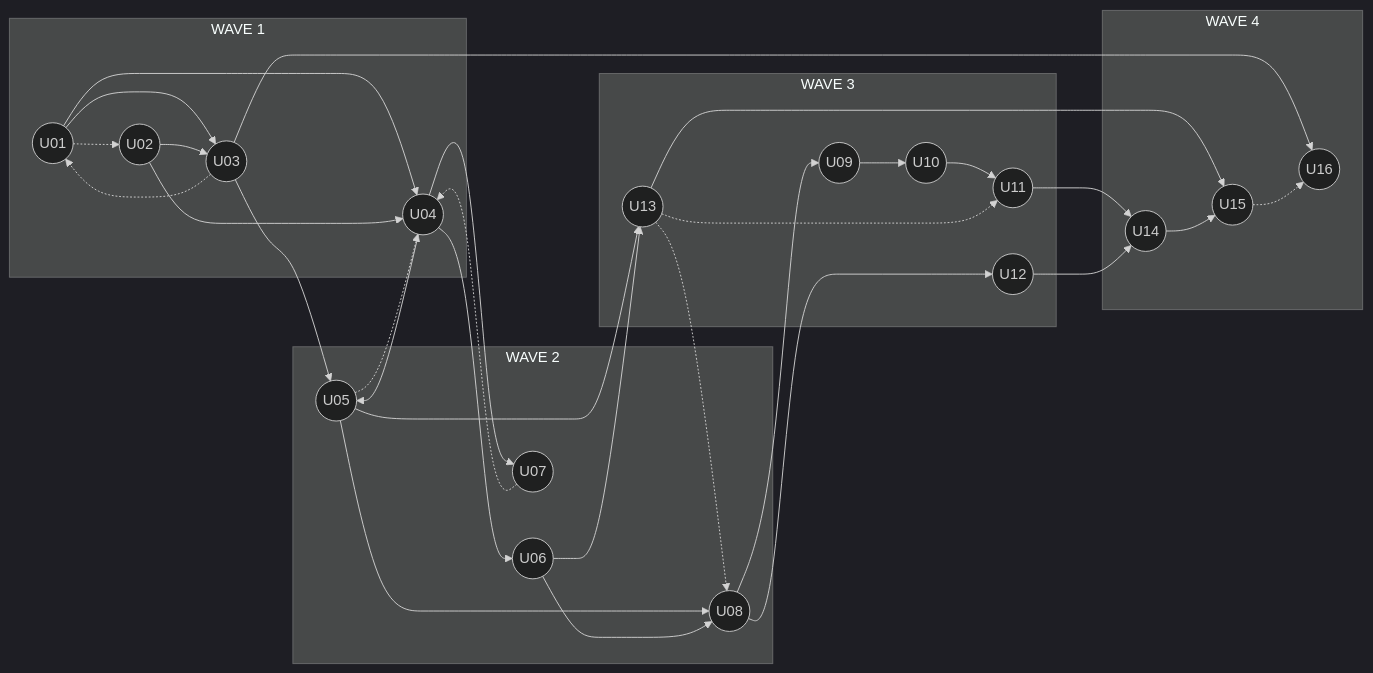
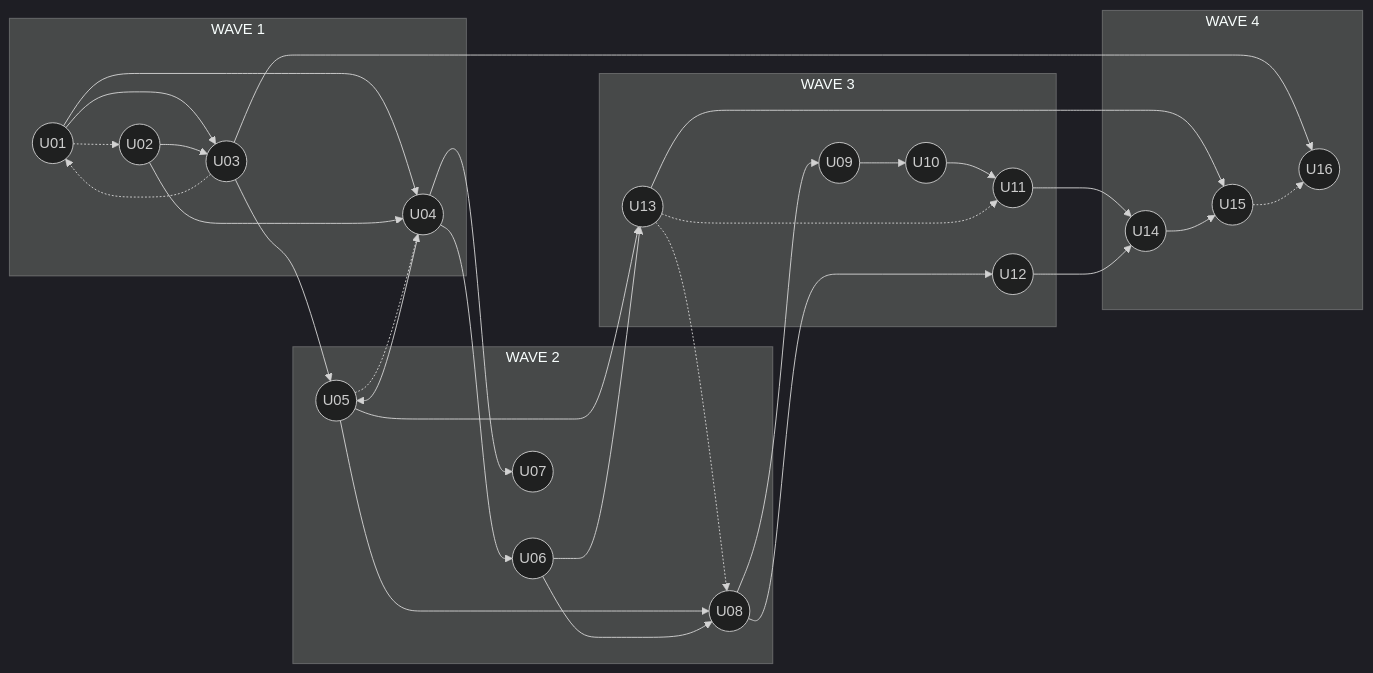
The diagram in aidlc-docs/inception/application-design/unit-of-work-dependency.md (hygef-v4/AI-Powered-Learning-Platform), drawn with Mermaid (dark theme) before and after one commit. The commit also changed other lines of this file and 25 other files, not shown here.

````diff
--- a/aidlc-docs/inception/application-design/unit-of-work-dependency.md
+++ b/aidlc-docs/inception/application-design/unit-of-work-dependency.md
@@ -30,57 +30,56 @@
 ```mermaid
 flowchart LR
     subgraph W1["WAVE 1"]
         U01((U01))
         U02((U02))
         U03((U03))
         U04((U04))
     end
     subgraph W2["WAVE 2"]
         U05((U05))
         U06((U06))
         U07((U07))
         U08((U08))
     end
     subgraph W3["WAVE 3"]
         U09((U09))
         U10((U10))
         U11((U11))
         U12((U12))
         U13((U13))
     end
     subgraph W4["WAVE 4"]
         U14((U14))
         U15((U15))
         U16((U16))
     end
 
     U01 --> U03
     U01 --> U04
     U02 --> U03
     U02 --> U04
     U03 --> U05
     U04 --> U05
     U04 --> U06
     U04 --> U07
     U05 --> U08
     U06 --> U08
     U05 --> U13
     U06 --> U13
     U08 --> U09
     U08 --> U12
     U09 --> U10
     U10 --> U11
     U11 --> U14
     U12 --> U14
     U13 --> U15
     U14 --> U15
     U03 --> U16
 
     U01 -.-> U02
     U03 -.-> U01
     U05 -.-> U04
-    U07 -.-> U04
     U13 -.-> U08
     U13 -.-> U11
     U15 -.-> U16
 ```
````
